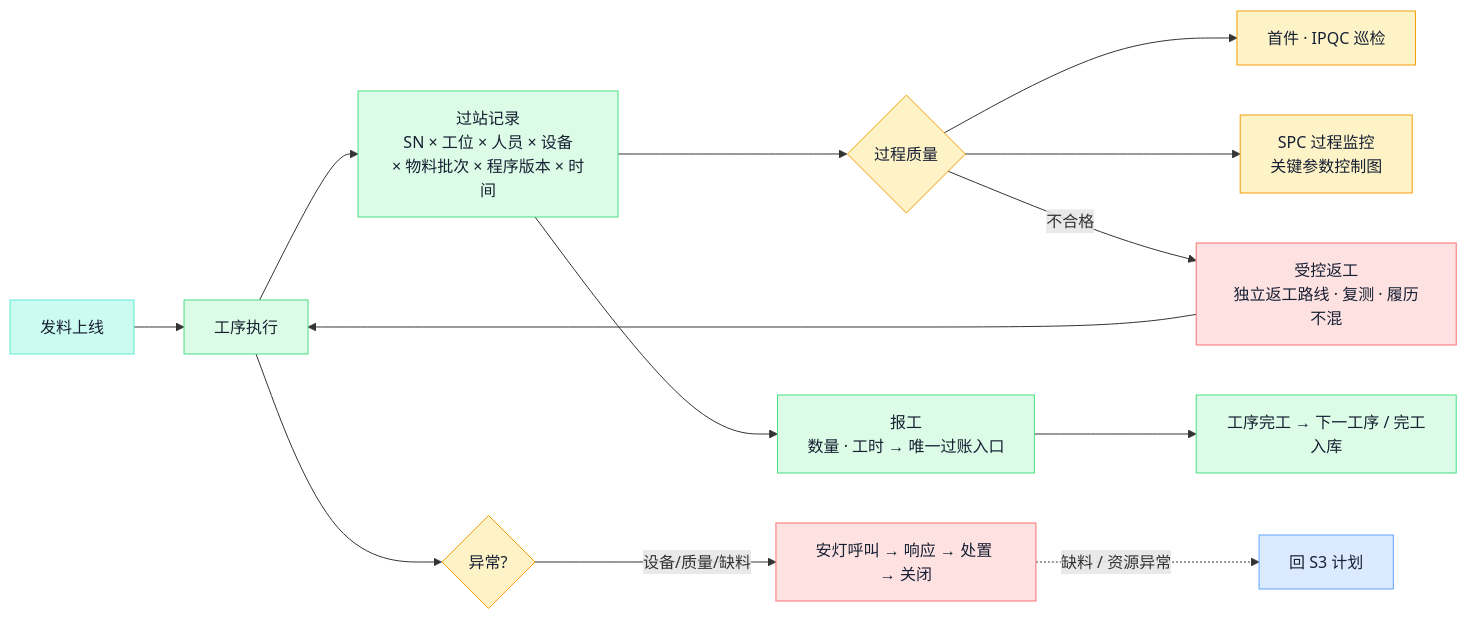
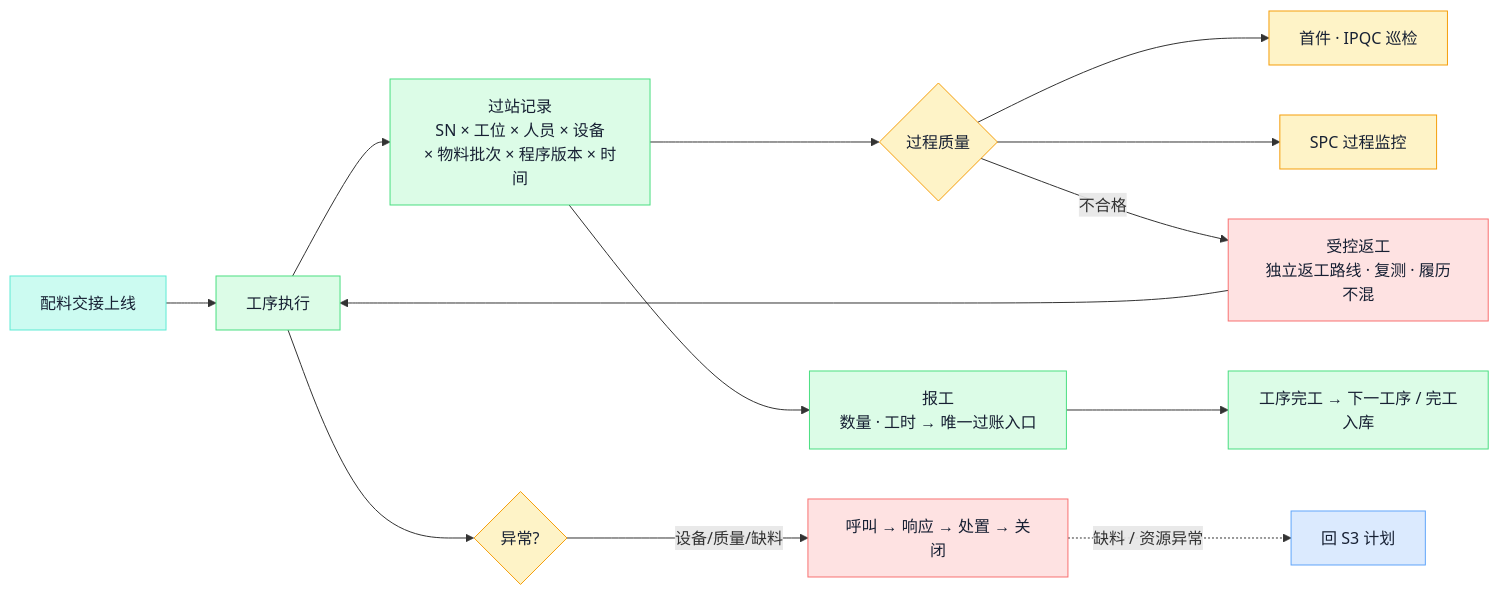
Diagram 13 of 18 in docs/manufacturing-system-handbook.md (ink-hz/AI-Manufacturing-Platform), drawn with Mermaid before and after one commit. The commit also changed other lines of this file and 9 other files, not shown here.

First line of the commit message:
docs: OEM revision of handbook, architecture, flows and design document

````diff
--- a/docs/manufacturing-system-handbook.md
+++ b/docs/manufacturing-system-handbook.md
@@ -589,25 +851,25 @@
 ```mermaid
 flowchart LR
-    A[发料上线] --> B[工序执行]
-    B --> C[过站记录<br/>SN × 工位 × 人员 × 设备<br/>× 物料批次 × 程序版本 × 时间]
-    C --> D{过程质量}
-    D --> D1[首件 · IPQC 巡检]
-    D --> D2[SPC 过程监控<br/>关键参数控制图]
-    C --> E[报工<br/>数量 · 工时 → 唯一过账入口]
-    B --> F{异常?}
-    F -->|设备/质量/缺料| G[安灯呼叫 → 响应 → 处置 → 关闭]
-    D -->|不合格| H[受控返工<br/>独立返工路线 · 复测 · 履历不混]
+    A["配料交接上线"] --> B["工序执行"]
+    B --> C["过站记录<br/>SN × 工位 × 人员 × 设备<br/>× 物料批次 × 程序版本 × 时间"]
+    C --> D{"过程质量"}
+    D --> D1["首件 · IPQC 巡检"]
+    D --> D2["SPC 过程监控"]
+    C --> E["报工<br/>数量 · 工时 → 唯一过账入口"]
+    B --> F{"异常?"}
+    F -->|"设备/质量/缺料"| G["呼叫 → 响应 → 处置 → 关闭"]
+    D -->|"不合格"| H["受控返工<br/>独立返工路线 · 复测 · 履历不混"]
     H --> B
-    E --> I[工序完工 → 下一工序 / 完工入库]
-    G -.缺料 / 资源异常.-> S3[回 S3 计划]
+    E --> I["工序完工 → 下一工序 / 完工入库"]
+    G -.->|"缺料 / 资源异常"| S3X["回 S3 计划"]
     class A flow
     class B,C,E,I exec
     class D,D1,D2,F qa
     class G,H risk
-    class S3 biz
+    class S3X biz
     classDef flow fill:#CCFBF1,stroke:#5EEAD4,color:#172033;
     classDef exec fill:#DCFCE7,stroke:#4ADE80,color:#172033;
     classDef qa fill:#FEF3C7,stroke:#F59E0B,color:#172033;
     classDef risk fill:#FEE2E2,stroke:#F87171,color:#172033;
     classDef biz fill:#DBEAFE,stroke:#60A5FA,color:#172033;
 ```
````
